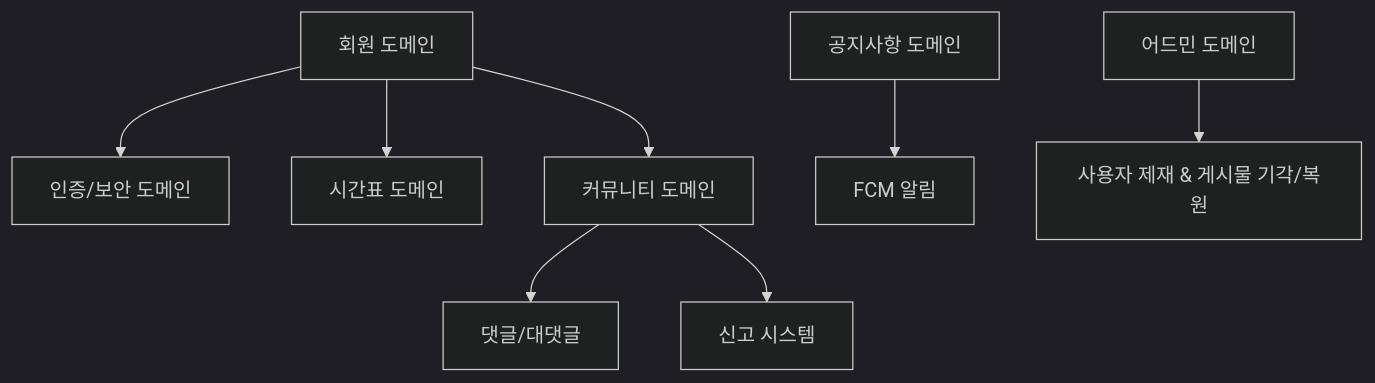
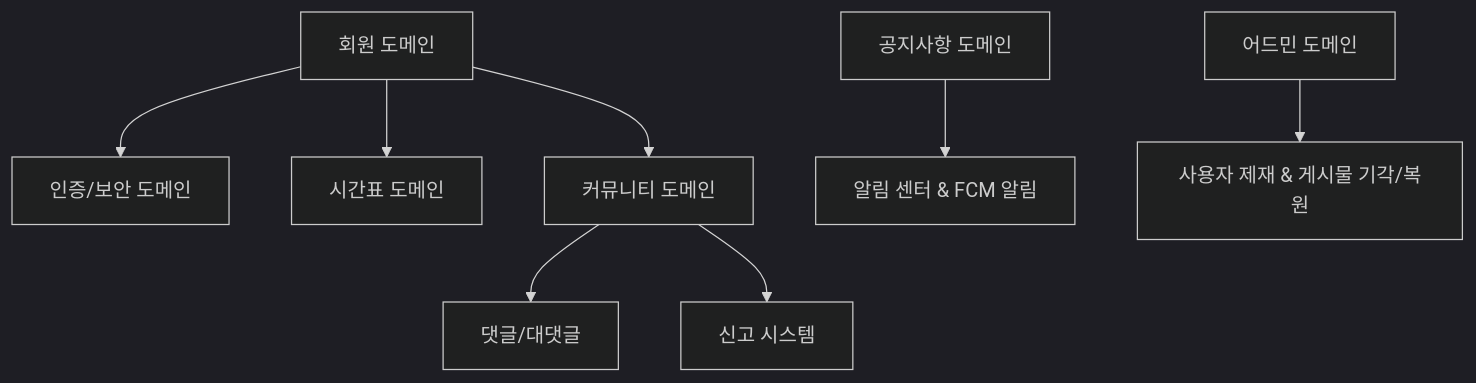
One commit to JinsuBae2/y-sync changed the diagram in ai_prompt/CONTEXT.md. Above: the diagram before and after it, drawn with Mermaid (dark theme). The commit also changed other lines of this file, not shown here.

Commit message:
docs: CONTEXT.md 내 인앱 알림 센터 명세 추가

````diff
--- a/ai_prompt/CONTEXT.md
+++ b/ai_prompt/CONTEXT.md
@@ -28,10 +28,10 @@
 ```mermaid
 graph TD
     Member[회원 도메인] --> Auth[인증/보안 도메인]
     Member --> Timetable[시간표 도메인]
     Member --> Community[커뮤니티 도메인]
     Community --> Comment[댓글/대댓글]
     Community --> Report[신고 시스템]
-    Notice[공지사항 도메인] --> Notification[FCM 알림]
+    Notice[공지사항 도메인] --> Notification[알림 센터 & FCM 알림]
     Admin[어드민 도메인] --> Control[사용자 제재 & 게시물 기각/복원]
 ```
````
